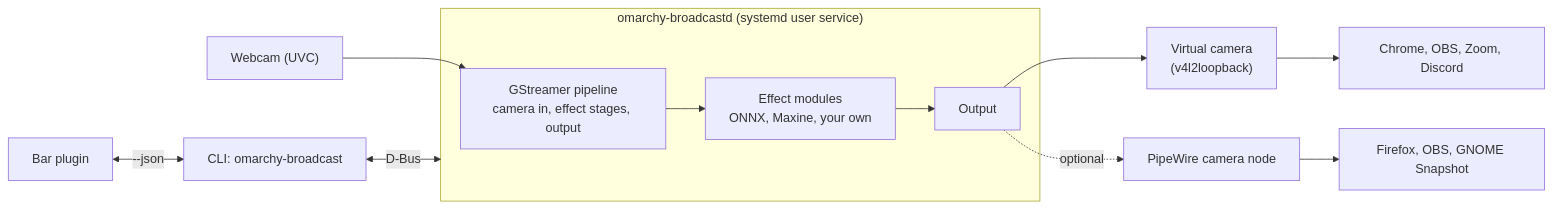
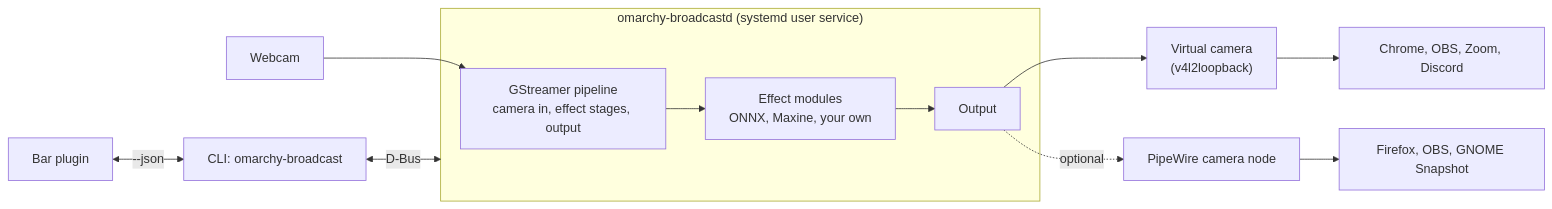
The diagram in README.md (rsd/omarchy-broadcast), drawn with Mermaid before and after one commit. The commit also changed other lines of this file and 21 other files, not shown here.

````diff
--- a/README.md
+++ b/README.md
@@ -42,14 +77,14 @@
 ```mermaid
 flowchart LR
-    cam["Webcam (UVC)"] --> gst
+    cam["Webcam"] --> gst
     subgraph daemon["omarchy-broadcastd (systemd user service)"]
         gst["GStreamer pipeline<br/>camera in, effect stages, output"] --> mods["Effect modules<br/>ONNX, Maxine, your own"]
         mods --> out["Output"]
     end
     out --> v4l["Virtual camera<br/>(v4l2loopback)"]
     out -.->|optional| pw["PipeWire camera node"]
     v4l --> apps["Chrome, OBS, Zoom, Discord"]
     pw --> apps2["Firefox, OBS, GNOME Snapshot"]
     cli["CLI: omarchy-broadcast"] <-->|D-Bus| daemon
     bar["Bar plugin"] <-->|"--json"| cli
 ```
````
